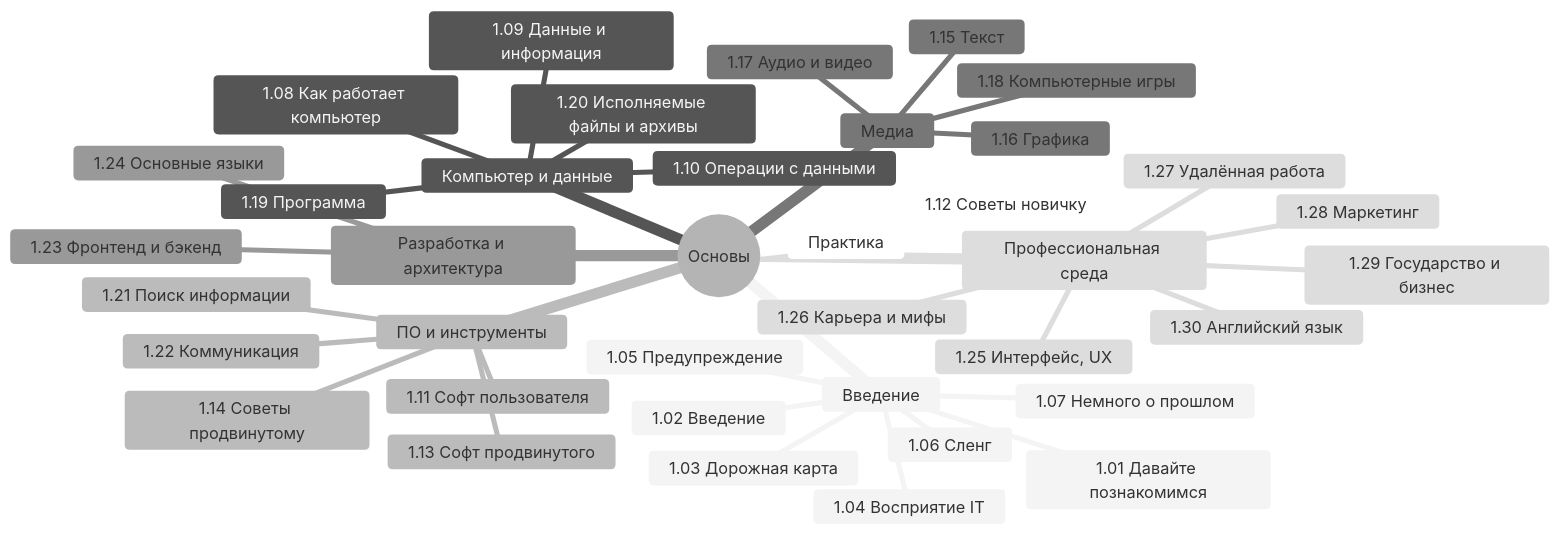
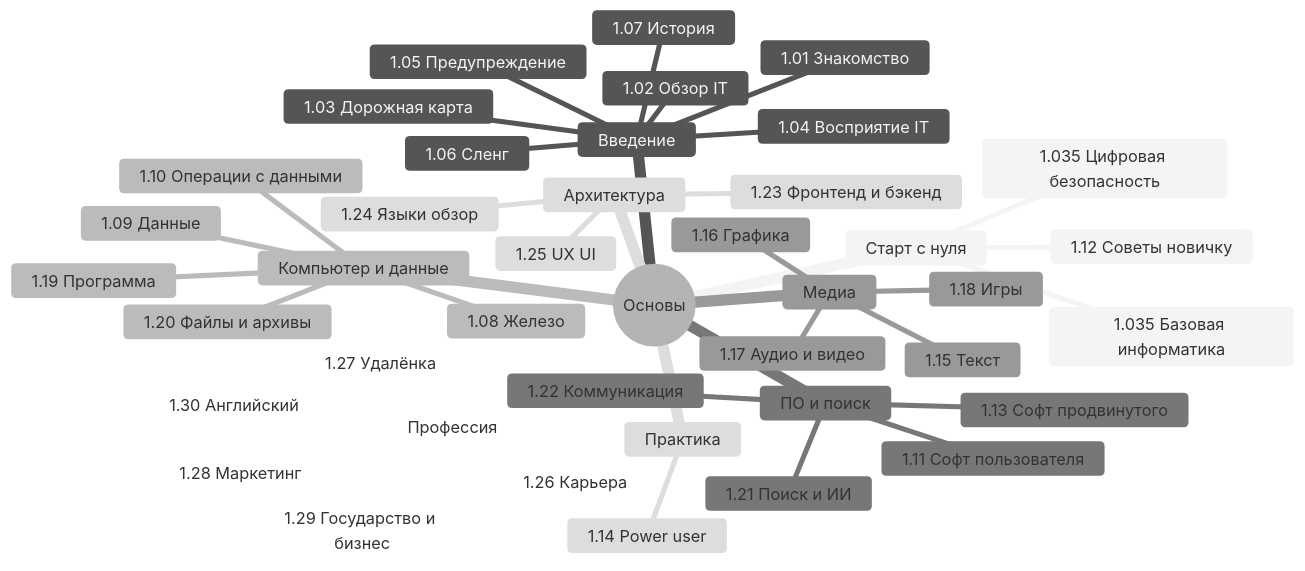
The diagram in docs/section/basics.md (Spirzen/it-knowledge-base), drawn with Mermaid (neutral theme) before and after one commit. The commit also changed other lines of this file and 315 other files, not shown here.

````diff
--- a/docs/section/basics.md
+++ b/docs/section/basics.md
@@ -20,41 +33,44 @@
 ```mermaid
 mindmap
   root((Основы))
+    Старт с нуля
+      1.035 Базовая информатика
+      1.12 Советы новичку
+      1.035 Цифровая безопасность
     Введение
-      1.01 Давайте познакомимся
-      1.02 Введение
+      1.01 Знакомство
+      1.02 Обзор IT
       1.03 Дорожная карта
       1.04 Восприятие IT
       1.05 Предупреждение
       1.06 Сленг
-      1.07 Немного о прошлом
+      1.07 История
     Компьютер и данные
-      1.08 Как работает компьютер
-      1.09 Данные и информация
+      1.08 Железо
+      1.09 Данные
       1.10 Операции с данными
       1.19 Программа
-      1.20 Исполняемые файлы и архивы
-    ПО и инструменты
+      1.20 Файлы и архивы
+    ПО и поиск
       1.11 Софт пользователя
       1.13 Софт продвинутого
-      1.14 Советы продвинутому
-      1.21 Поиск информации
+      1.21 Поиск и ИИ
       1.22 Коммуникация
     Медиа
       1.15 Текст
       1.16 Графика
       1.17 Аудио и видео
-      1.18 Компьютерные игры
-    Разработка и архитектура
+      1.18 Игры
+    Архитектура
       1.23 Фронтенд и бэкенд
-      1.24 Основные языки
-    Профессиональная среда
-      1.25 Интерфейс, UX
-      1.26 Карьера и мифы
-      1.27 Удалённая работа
+      1.24 Языки обзор
+      1.25 UX UI
+    Профессия
+      1.26 Карьера
+      1.27 Удалёнка
       1.28 Маркетинг
       1.29 Государство и бизнес
-      1.30 Английский язык
+      1.30 Английский
     Практика
-      1.12 Советы новичку
+      1.14 Power user
 ```
````
